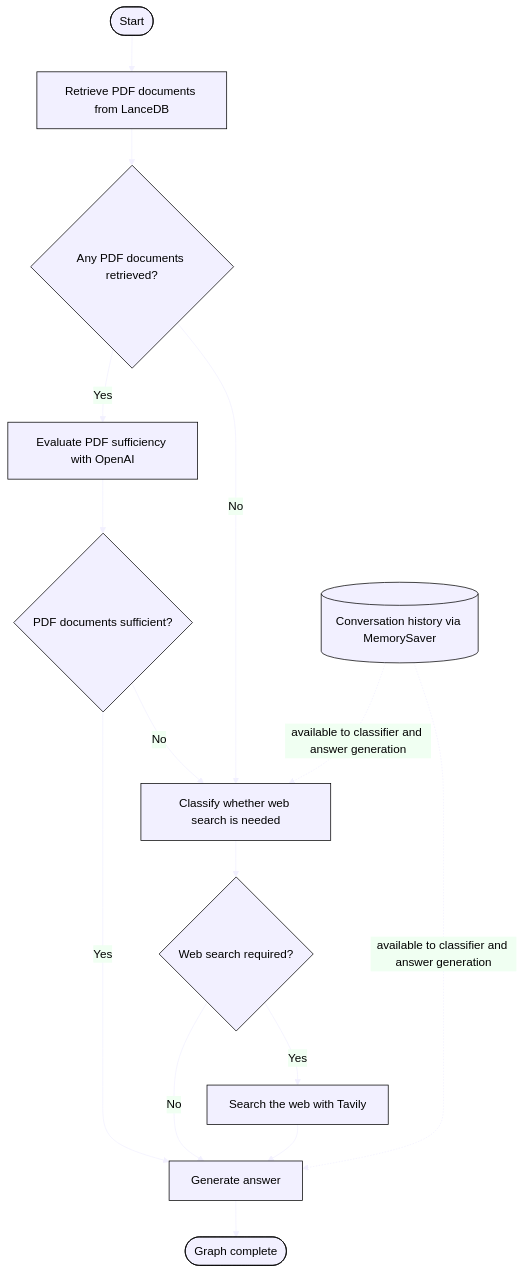
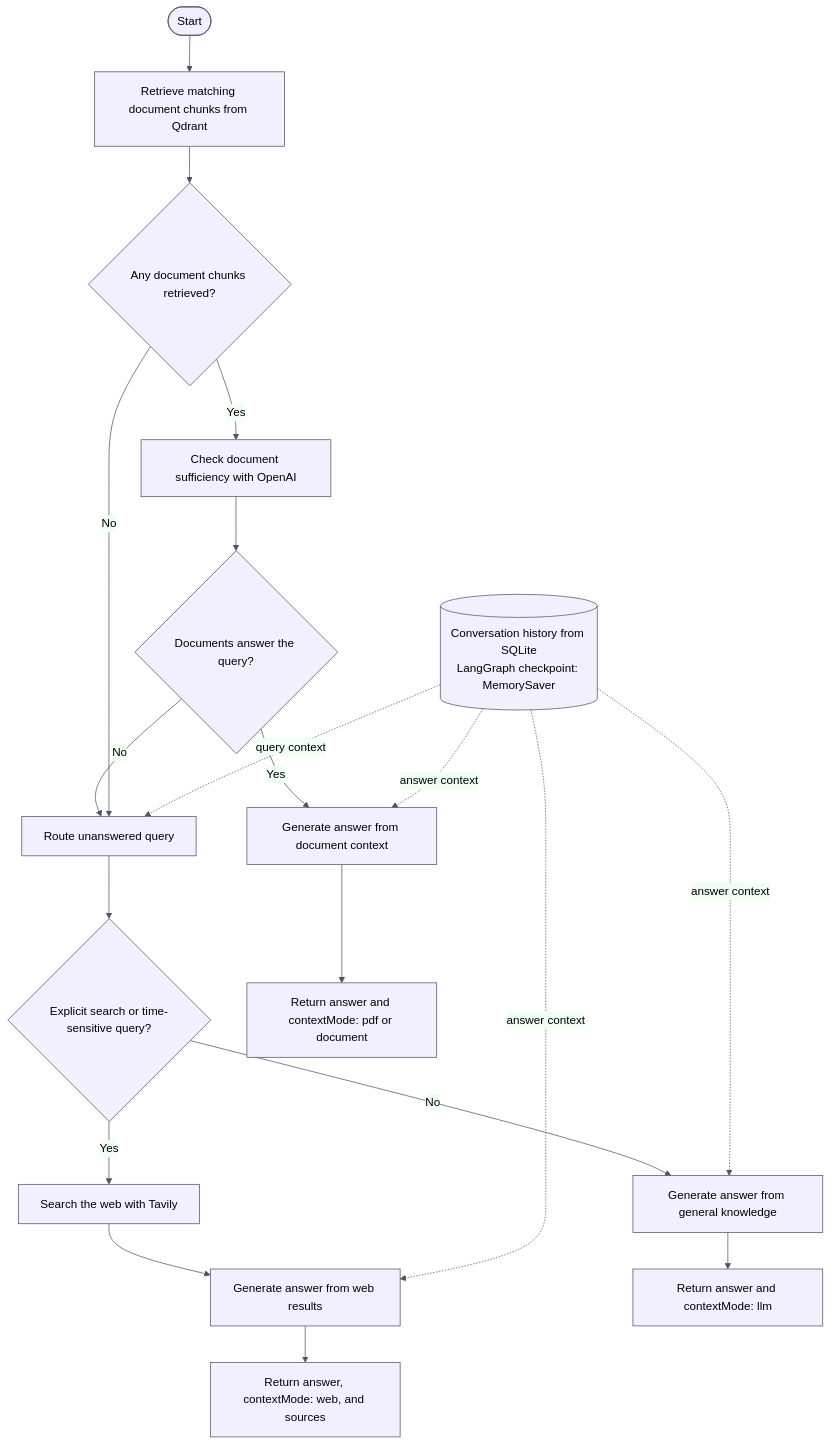
The diagram in node-chat-bot/langgraph.mmd (utk23dubey/CHATBOT), drawn with Mermaid before and after one commit. The commit also changed 11 other files, not shown here.

```diff
--- a/node-chat-bot/langgraph.mmd
+++ b/node-chat-bot/langgraph.mmd
@@ -1,20 +1,24 @@
-%%{init: {'theme': 'base', 'themeVariables': {'primaryColor': '#f2f0ff', 'primaryTextColor': '#000000', 'secondaryTextColor': '#000000', 'tertiaryTextColor': '#000000', 'lineColor': '#f2f0ff', 'primaryBorderColor': '#000000'}}}%%
+%%{init: {'theme': 'base', 'themeVariables': {'primaryColor': '#f2f0ff', 'primaryTextColor': '#000000', 'secondaryTextColor': '#000000', 'tertiaryTextColor': '#000000', 'lineColor': '#4b5563', 'primaryBorderColor': '#4b5563'}}}%%
 flowchart TD
-    START([Start]) --> RETRIEVE["Retrieve PDF documents from LanceDB"]
-    RETRIEVE --> HAS_DOCS{"Any PDF documents retrieved?"}
+    START([Start]) --> RETRIEVE["Retrieve matching document chunks from Qdrant"]
+    RETRIEVE --> HAS_DOCS{"Any document chunks retrieved?"}
 
-    HAS_DOCS -- Yes --> EVALUATE["Evaluate PDF sufficiency with OpenAI"]
-    EVALUATE --> SUFFICIENT{"PDF documents sufficient?"}
-    SUFFICIENT -- Yes --> GENERATE["Generate answer"]
-    SUFFICIENT -- No --> CLASSIFY
+    HAS_DOCS -- Yes --> EVALUATE["Check document sufficiency with OpenAI"]
+    EVALUATE --> SUFFICIENT{"Documents answer the query?"}
+    SUFFICIENT -- Yes --> DOC_ANSWER["Generate answer from document context"]
+    SUFFICIENT -- No --> ROUTE
 
-    HAS_DOCS -- No --> CLASSIFY["Classify whether web search is needed"]
-    CLASSIFY --> NEEDS_WEB{"Web search required?"}
+    HAS_DOCS -- No --> ROUTE["Route unanswered query"]
+    ROUTE --> NEEDS_WEB{"Explicit search or time-sensitive query?"}
     NEEDS_WEB -- Yes --> WEB["Search the web with Tavily"]
-    NEEDS_WEB -- No --> GENERATE
-    WEB --> GENERATE
+    NEEDS_WEB -- No --> LLM_ANSWER["Generate answer from general knowledge"]
+    WEB --> WEB_ANSWER["Generate answer from web results"]
 
-    GENERATE --> END([Graph complete])
+    DOC_ANSWER --> COMPLETE["Return answer and contextMode: pdf or document"]
+    WEB_ANSWER --> COMPLETE_WEB["Return answer, contextMode: web, and sources"]
+    LLM_ANSWER --> COMPLETE_LLM["Return answer and contextMode: llm"]
 
-    HISTORY[("Conversation history via MemorySaver")] -. available to classifier and answer generation .-> CLASSIFY
-    HISTORY -. available to classifier and answer generation .-> GENERATE
+    HISTORY[("Conversation history from SQLite<br/>LangGraph checkpoint: MemorySaver")] -. query context .-> ROUTE
+    HISTORY -. answer context .-> DOC_ANSWER
+    HISTORY -. answer context .-> WEB_ANSWER
+    HISTORY -. answer context .-> LLM_ANSWER
```
